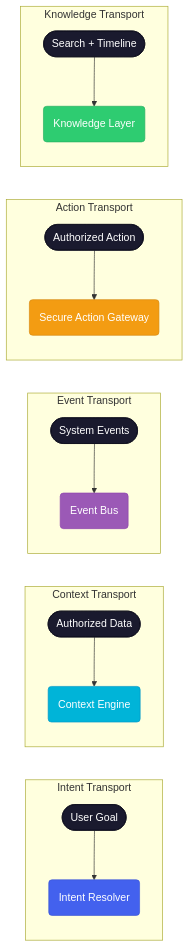
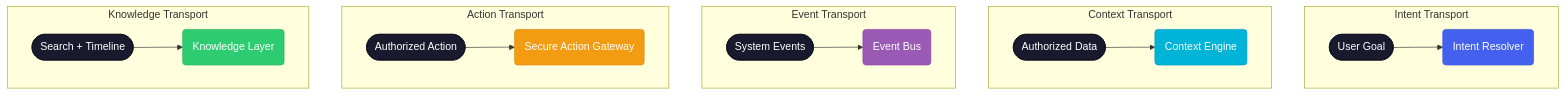
One commit to abalmalvez-lab/AntOS changed the first of 5 diagrams in AntOS-Features-and-Capabilities_v1.md. Above: the diagram before and after it, drawn with Mermaid. The commit also changed other lines of this file, not shown here.

Commit message:
docs: fix mermaid clipping on GitHub (useMaxWidth + TD for wide diagrams)

````diff
--- a/AntOS-Features-and-Capabilities_v1.md
+++ b/AntOS-Features-and-Capabilities_v1.md
@@ -54,31 +54,32 @@
 ```mermaid
-flowchart LR
+%%{init: {"flowchart": {"useMaxWidth": true}}}%%
+flowchart TD
     classDef terminal fill:#1a1a2e,stroke:#0f0f1e,color:#fff
     classDef intent fill:#4361ee,stroke:#3a56d4,color:#fff
     classDef context fill:#00b4d8,stroke:#0096c7,color:#fff
     classDef event fill:#9b59b6,stroke:#8e44ad,color:#fff
     classDef action fill:#f39c12,stroke:#d68910,color:#fff
     classDef knowledge fill:#2ecc71,stroke:#27ae60,color:#fff
 
     subgraph P1["Intent Transport"]
         I1([User Goal]) --> I2(Intent Resolver)
     end
     subgraph P2["Context Transport"]
         C1([Authorized Data]) --> C2(Context Engine)
     end
     subgraph P3["Event Transport"]
         E1([System Events]) --> E2(Event Bus)
     end
     subgraph P4["Action Transport"]
         A1([Authorized Action]) --> A2(Secure Action Gateway)
     end
     subgraph P5["Knowledge Transport"]
         K1([Search + Timeline]) --> K2(Knowledge Layer)
     end
     class I1,C1,E1,A1,K1 terminal
     class I2 intent
     class C2 context
     class E2 event
     class A2 action
     class K2 knowledge
 ```
````
